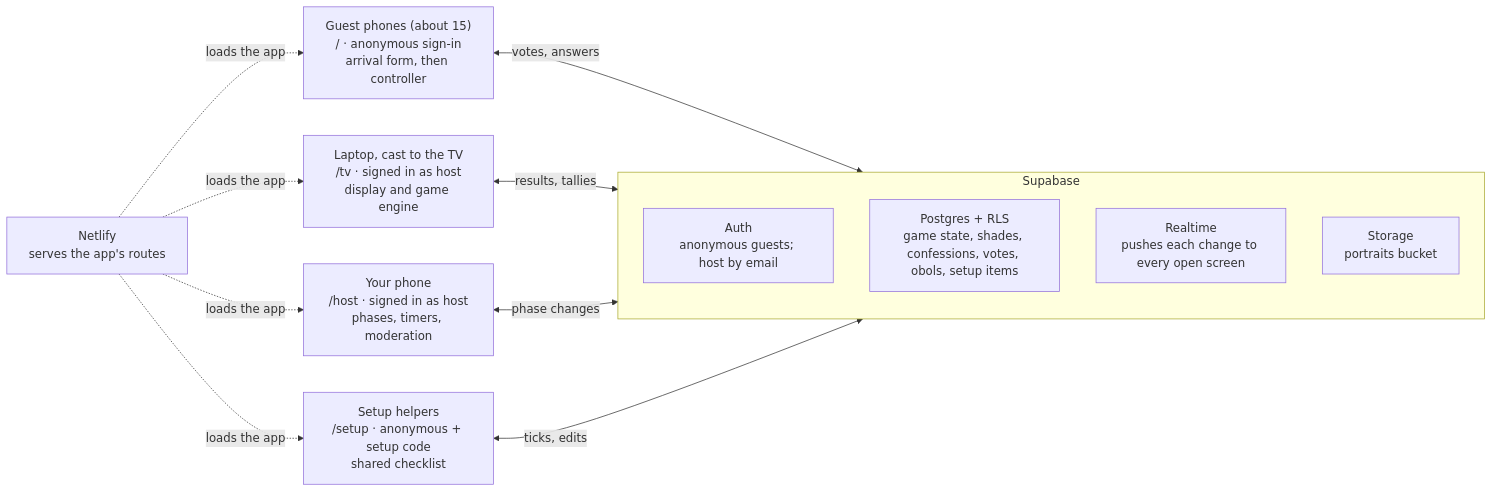
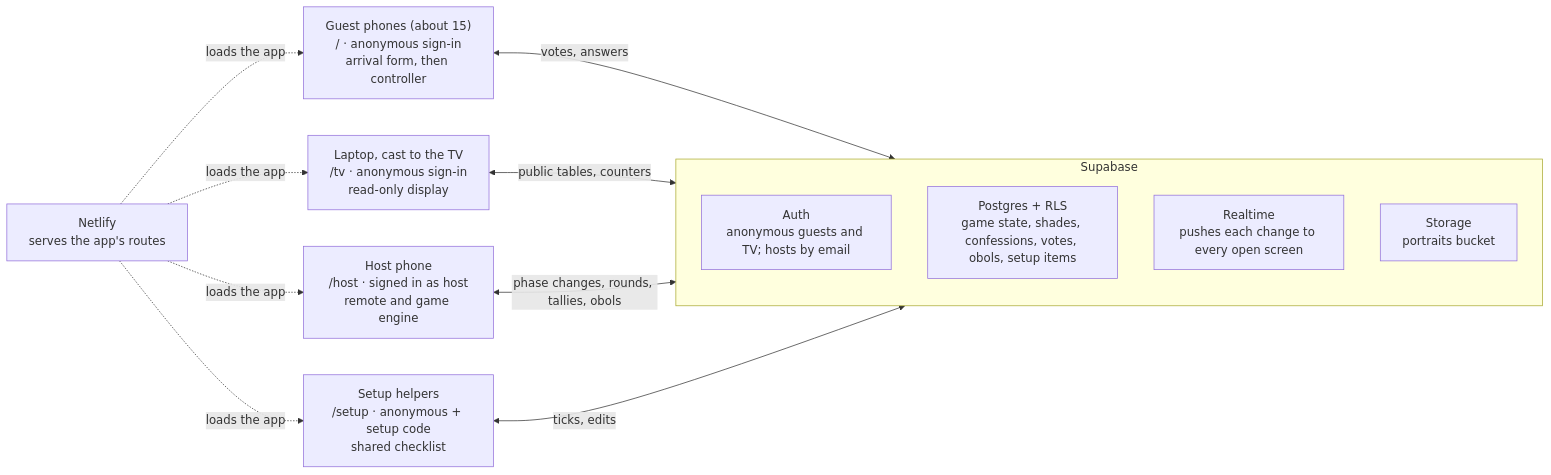
Before and after one commit to MarkFrankle/the-court-below: the diagram in docs/tech-spec.md, drawn with Mermaid. The commit also changed other lines of this file and 3 other files, not shown here.

````diff
--- a/docs/tech-spec.md
+++ b/docs/tech-spec.md
@@ -17,19 +18,19 @@
 ```mermaid
 flowchart LR
   N["Netlify<br/>serves the app's routes"]
   G["Guest phones (about 15)<br/>/ · anonymous sign-in<br/>arrival form, then controller"]
-  T["Laptop, cast to the TV<br/>/tv · signed in as host<br/>display and game engine"]
-  H["Your phone<br/>/host · signed in as host<br/>phases, timers, moderation"]
+  T["Laptop, cast to the TV<br/>/tv · anonymous sign-in<br/>read-only display"]
+  H["Host phone<br/>/host · signed in as host<br/>remote and game engine"]
   S["Setup helpers<br/>/setup · anonymous + setup code<br/>shared checklist"]
   subgraph SB["Supabase"]
-    A["Auth<br/>anonymous guests; host by email"]
+    A["Auth<br/>anonymous guests and TV; hosts by email"]
     P["Postgres + RLS<br/>game state, shades, confessions, votes, obols, setup items"]
     R["Realtime<br/>pushes each change to every open screen"]
     ST["Storage<br/>portraits bucket"]
   end
   N -. loads the app .-> G & T & H & S
   G <-- votes, answers --> SB
-  T <-- results, tallies --> SB
-  H <-- phase changes --> SB
+  T <-- public tables, counters --> SB
+  H <-- phase changes, rounds, tallies, obols --> SB
   S <-- ticks, edits --> SB
 ```
````
